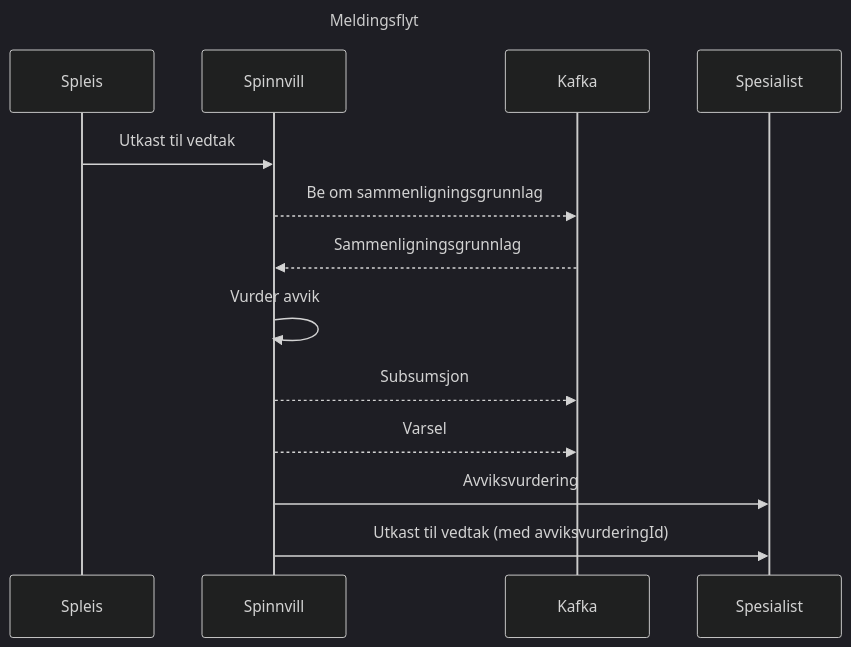
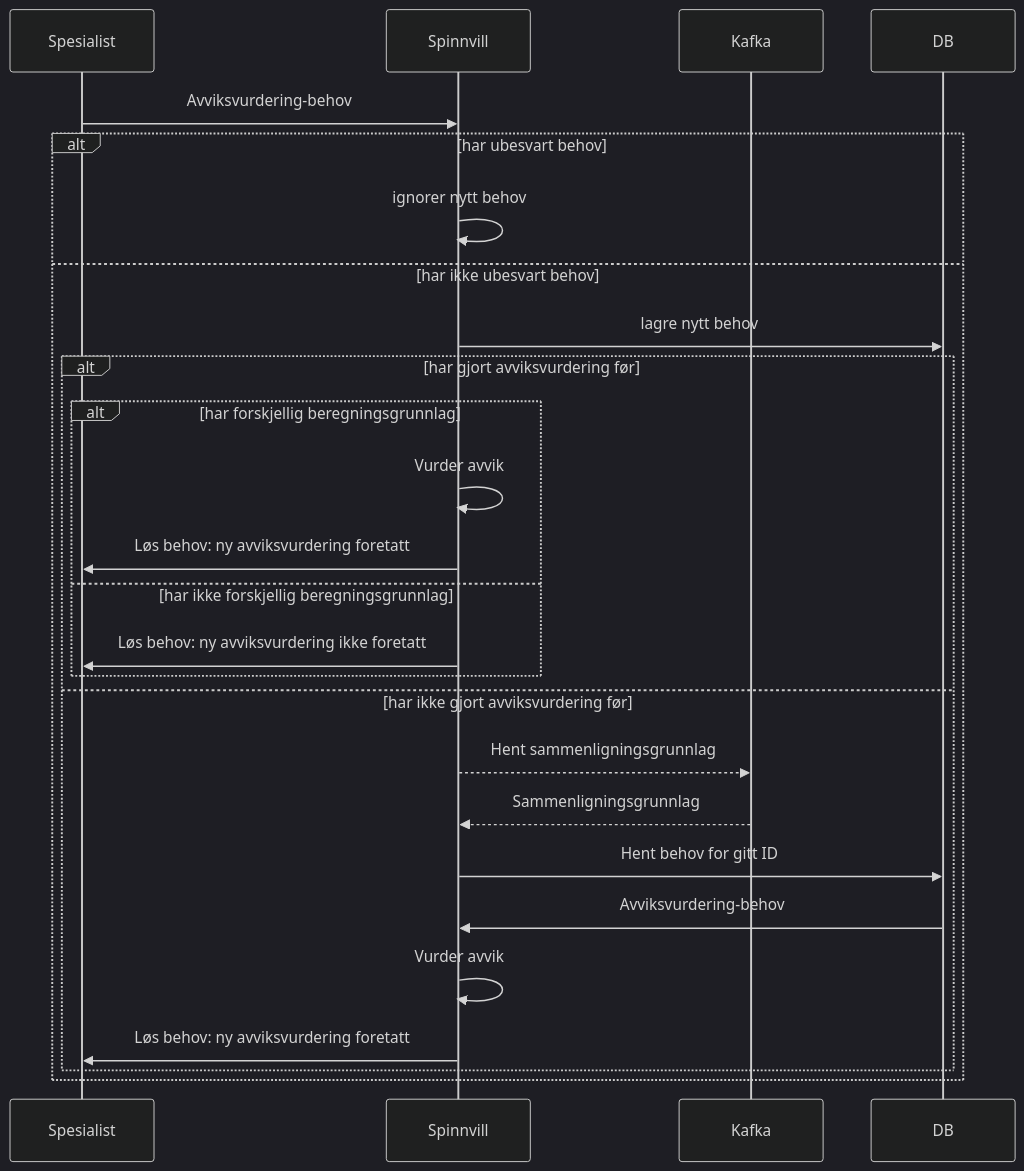
The second of 3 diagrams in README.md (navikt/helse-spinnvill), drawn with Mermaid (dark theme) before and after one commit. The commit also changed other lines of this file, not shown here.

Commit message:
📝 Oppdater Readme til å reflektere ny flyt

````diff
--- a/README.md
+++ b/README.md
@@ -48,19 +57,29 @@
 ```mermaid
----
-title: Meldingsflyt
----
 sequenceDiagram
-  participant Spleis
+  participant Spes as Spesialist
   participant Spinn as Spinnvill
   participant Kafka
-  participant Spes as Spesialist
+  participant Db as DB
   
-  Spleis ->> Spinn: Utkast til vedtak
-  Spinn -->> Kafka: Be om sammenligningsgrunnlag
-  Kafka -->> Spinn: Sammenligningsgrunnlag
-  Spinn ->> Spinn: Vurder avvik 
-  Spinn -->> Kafka: Subsumsjon
-  Spinn -->> Kafka: Varsel
-  Spinn ->> Spes: Avviksvurdering
-  Spinn ->> Spes: Utkast til vedtak (med avviksvurderingId)
+  Spes ->> Spinn: Avviksvurdering-behov
+  alt har ubesvart behov
+  Spinn ->> Spinn: ignorer nytt behov
+  else har ikke ubesvart behov
+    Spinn ->> Db: lagre nytt behov
+    alt har gjort avviksvurdering før
+      alt har forskjellig beregningsgrunnlag
+        Spinn ->> Spinn: Vurder avvik
+        Spinn ->> Spes: Løs behov: ny avviksvurdering foretatt
+      else har ikke forskjellig beregningsgrunnlag
+       Spinn ->> Spes: Løs behov: ny avviksvurdering ikke foretatt
+      end
+    else har ikke gjort avviksvurdering før
+      Spinn -->> Kafka: Hent sammenligningsgrunnlag
+      Kafka -->> Spinn: Sammenligningsgrunnlag
+      Spinn ->> Db: Hent behov for gitt ID
+      Db ->> Spinn: Avviksvurdering-behov
+      Spinn ->> Spinn: Vurder avvik
+      Spinn ->> Spes: Løs behov: ny avviksvurdering foretatt
+    end
+  end
 ```
````
